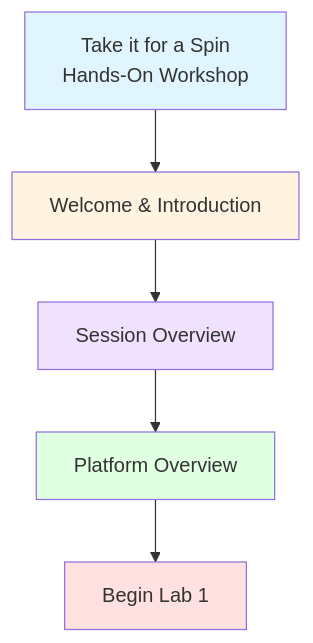
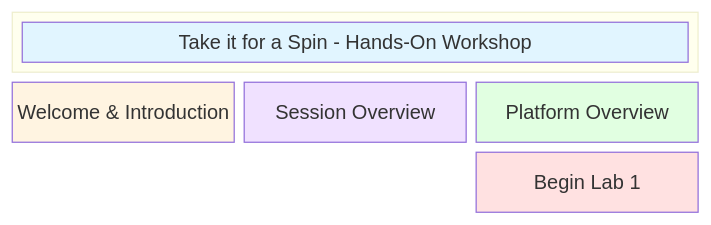
One commit to tme-tech-ops/take-it-for-a-spin-partner-training changed the diagram in docs/Instructor_Screen_Flow/slide_01_introduction.mmd. Above: the diagram before and after it, drawn with Mermaid. The commit also changed 6 other files, not shown here.

First line of the commit message:
Convert diagrams from flowchart to block/grid layout

```diff
--- a/docs/Instructor_Screen_Flow/slide_01_introduction.mmd
+++ b/docs/Instructor_Screen_Flow/slide_01_introduction.mmd
@@ -1,11 +1,19 @@
-flowchart TD
-    A[Take it for a Spin<br/>Hands-On Workshop] --> B[Welcome & Introduction]
-    B --> C[Session Overview]
-    C --> D[Platform Overview]
-    D --> E[Begin Lab 1]
+block-beta
+    columns 3
+    
+    block:header:3
+        A["Take it for a Spin - Hands-On Workshop"]
+    end
+    
+    B["Welcome & Introduction"]
+    C["Session Overview"]
+    D["Platform Overview"]
+    
+    space:2
+    E["Begin Lab 1"]
 
     style A fill:#e1f5ff
     style B fill:#fff4e1
     style C fill:#f0e1ff
     style D fill:#e1ffe1
     style E fill:#ffe1e1
```
